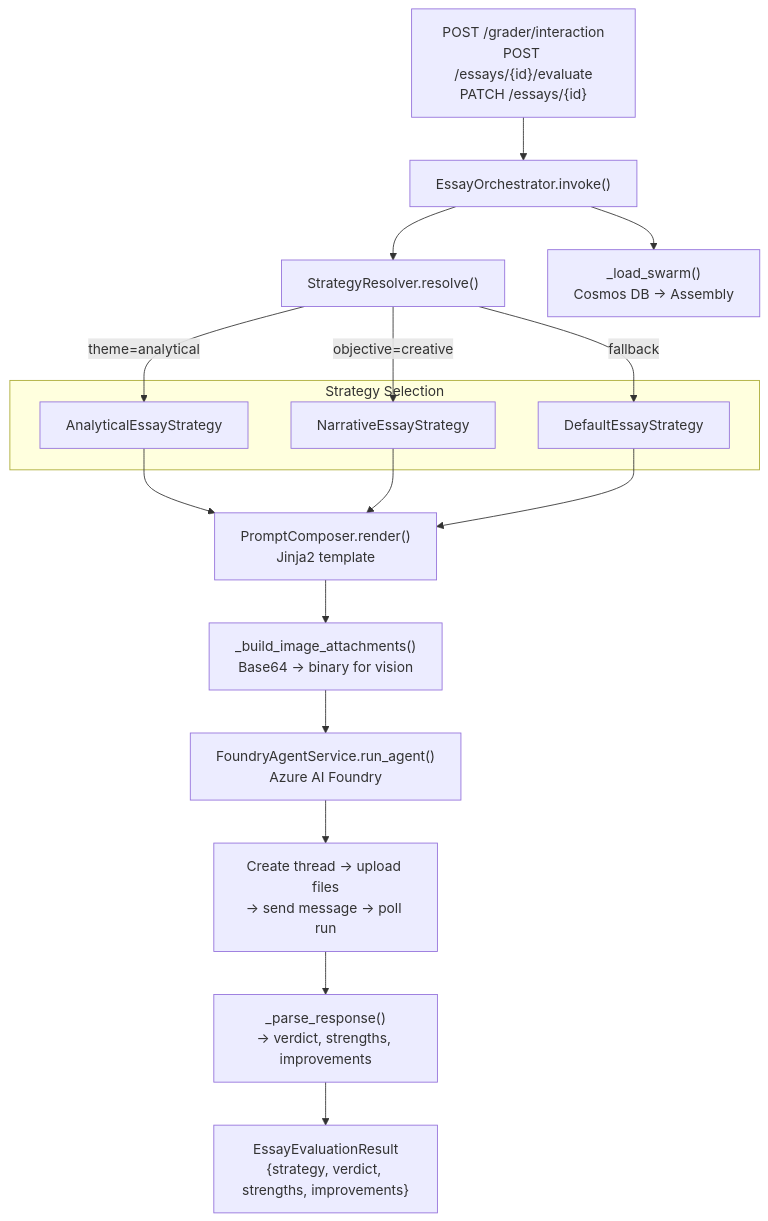
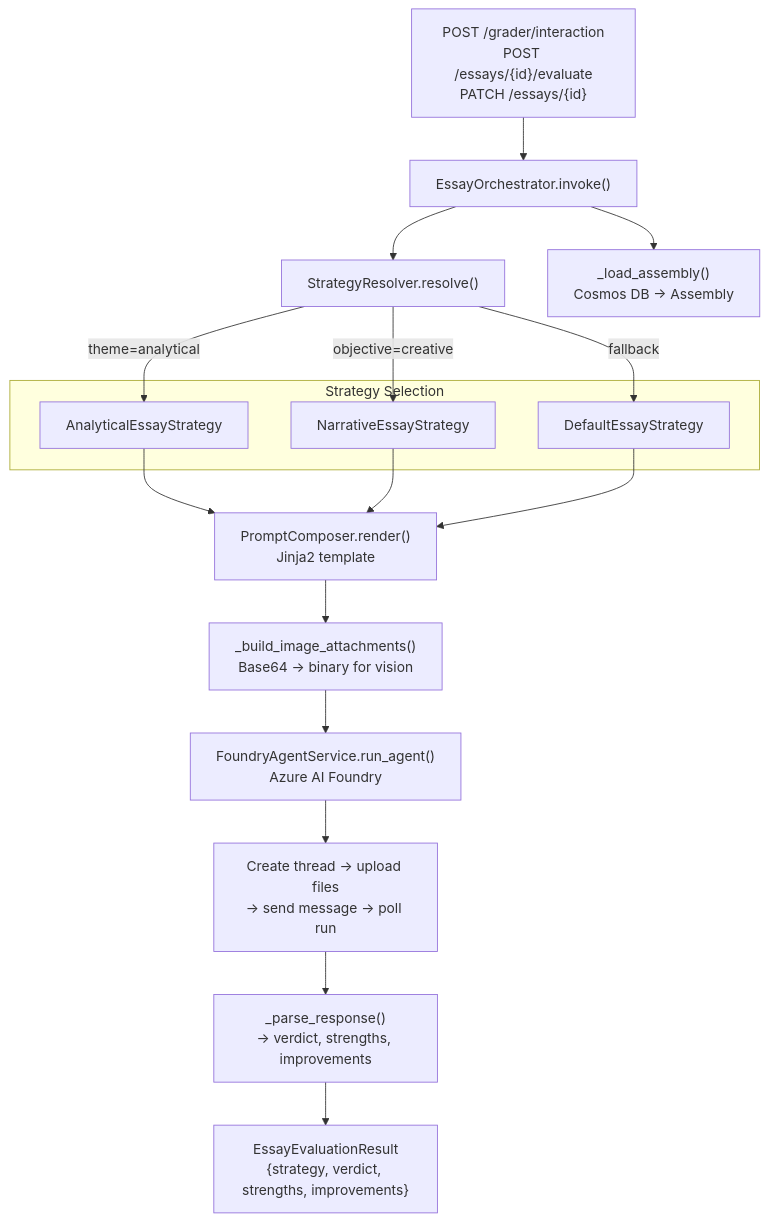
One commit to Azure-Samples/tutor changed diagram 17 of 26 in docs/architecture.md. Above: the diagram before and after it, drawn with Mermaid. The commit also changed other lines of this file and 43 other files, not shown here.

````diff
--- a/docs/architecture.md
+++ b/docs/architecture.md
@@ -803,36 +809,36 @@
 ```mermaid
 flowchart TD
     API["POST /grader/interaction\nPOST /essays/{id}/evaluate\nPATCH /essays/{id}"]
     ORCH["EssayOrchestrator.invoke()"]
     RESOLVER["StrategyResolver.resolve()"]
-    LOAD_SWARM["_load_swarm()\nCosmos DB → Assembly"]
+    LOAD_ASSEMBLY["_load_assembly()\nCosmos DB → Assembly"]
 
     subgraph Strategies["Strategy Selection"]
         ANALYTICAL["AnalyticalEssayStrategy"]
         NARRATIVE["NarrativeEssayStrategy"]
         DEFAULT["DefaultEssayStrategy"]
     end
 
     COMPOSE["PromptComposer.render()\nJinja2 template"]
     ATTACHMENTS["_build_image_attachments()\nBase64 → binary for vision"]
     FOUNDRY["FoundryAgentService.run_agent()\nAzure AI Foundry"]
     THREAD["Create thread → upload files\n→ send message → poll run"]
     PARSE["_parse_response()\n→ verdict, strengths, improvements"]
     RESULT["EssayEvaluationResult\n{strategy, verdict, strengths, improvements}"]
 
     API --> ORCH
     ORCH --> RESOLVER
-    ORCH --> LOAD_SWARM
+    ORCH --> LOAD_ASSEMBLY
     RESOLVER -->|"theme=analytical"| ANALYTICAL
     RESOLVER -->|"objective=creative"| NARRATIVE
     RESOLVER -->|"fallback"| DEFAULT
     
     ANALYTICAL --> COMPOSE
     NARRATIVE --> COMPOSE
     DEFAULT --> COMPOSE
     COMPOSE --> ATTACHMENTS
     ATTACHMENTS --> FOUNDRY
     FOUNDRY --> THREAD
     THREAD --> PARSE
     PARSE --> RESULT
 ```
````
